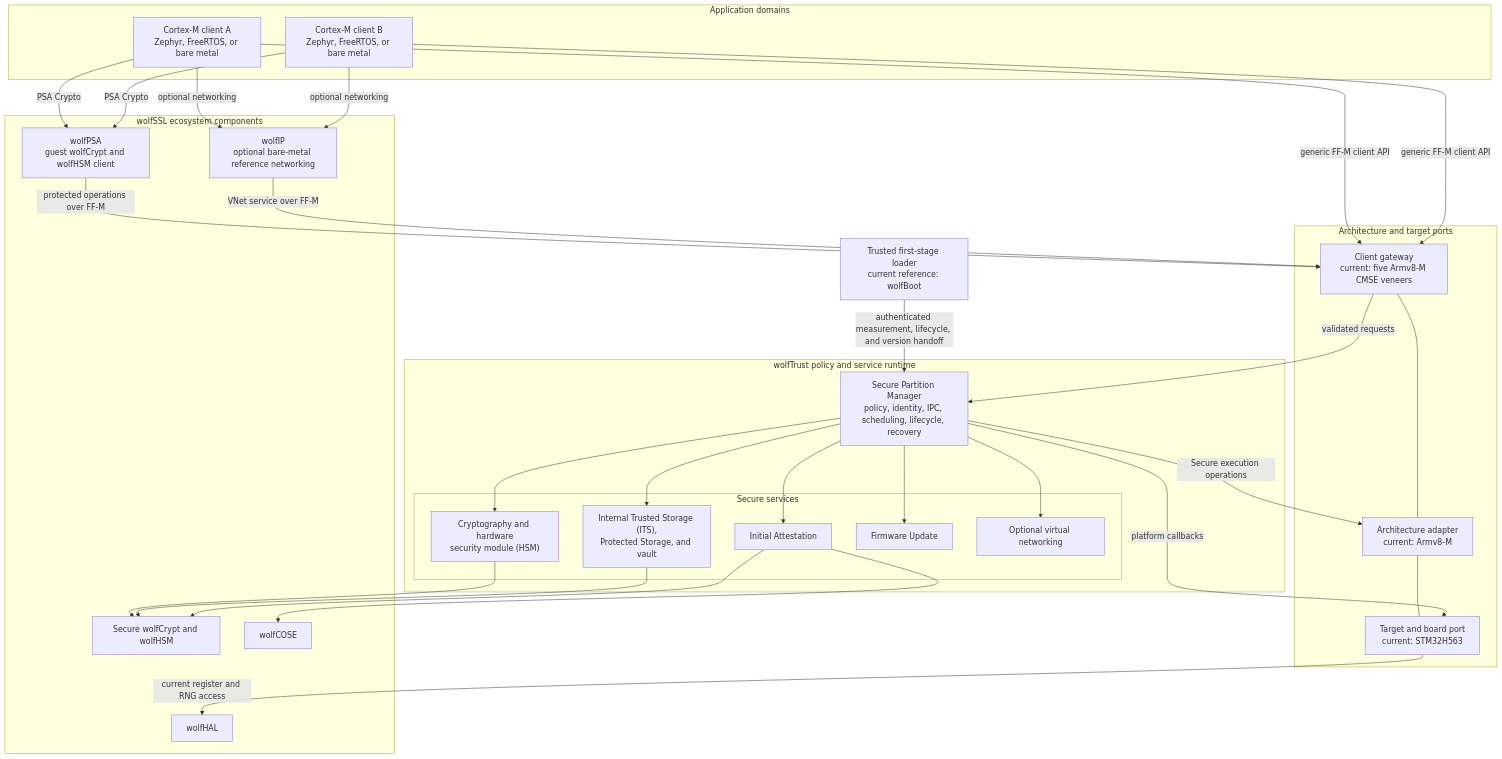
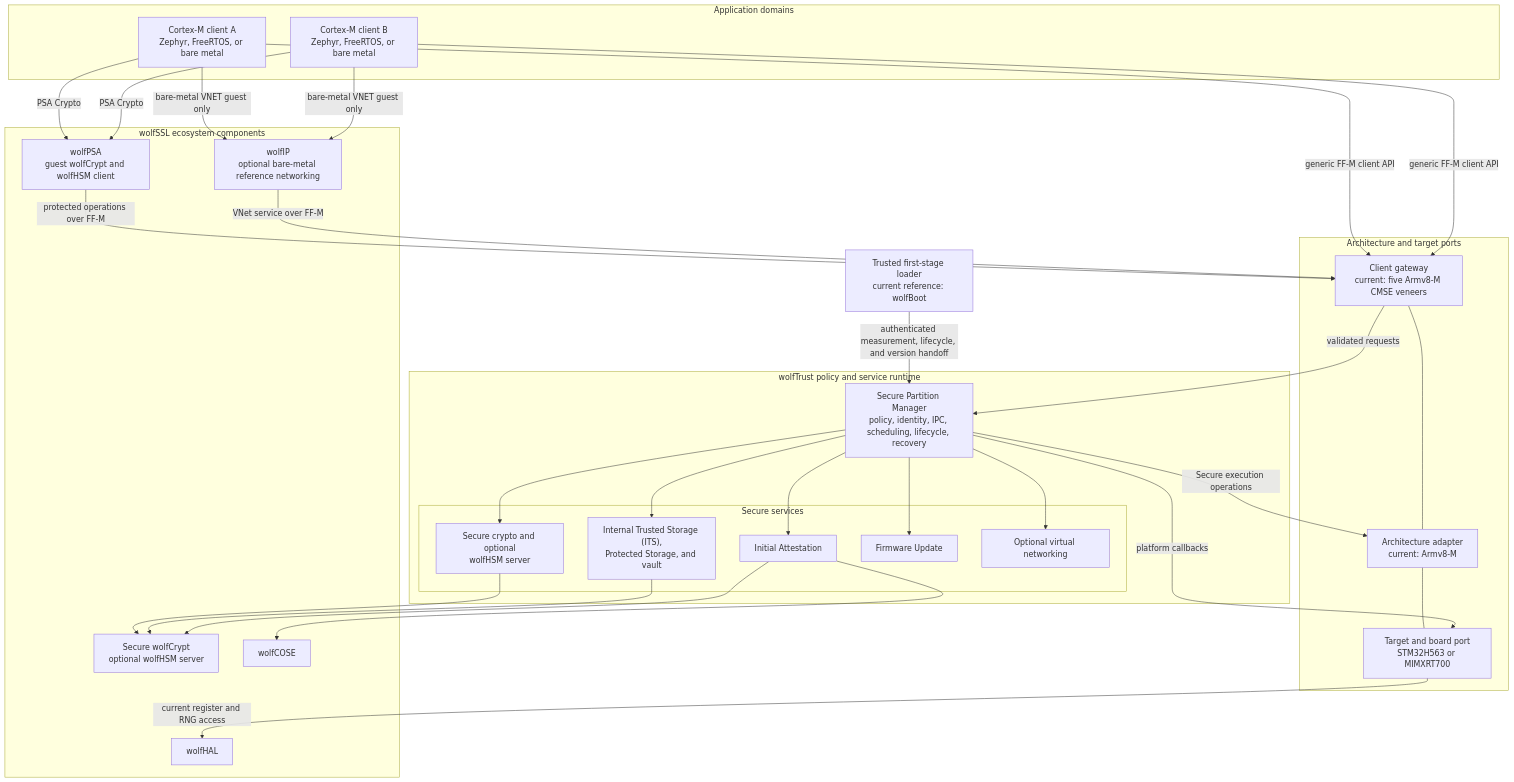
The diagram in README.md (aidangarske/wolfTrust-fork), drawn with Mermaid before and after one commit. The commit also changed other lines of this file and 36 other files, not shown here.

````diff
--- a/README.md
+++ b/README.md
@@ -20,59 +16,59 @@
 ```mermaid
 flowchart TB
     BOOT[Trusted first-stage loader<br/>current reference: wolfBoot]
 
     subgraph APP[Application domains]
         GA[Cortex-M client A<br/>Zephyr, FreeRTOS, or bare metal]
         GB[Cortex-M client B<br/>Zephyr, FreeRTOS, or bare metal]
     end
 
     subgraph PORT[Architecture and target ports]
         GW[Client gateway<br/>current: five Armv8-M CMSE veneers]
         ARCH[Architecture adapter<br/>current: Armv8-M]
-        TARGET[Target and board port<br/>current: STM32H563]
+        TARGET[Target and board port<br/>STM32H563 or MIMXRT700]
         GW --- ARCH
         ARCH --- TARGET
     end
 
     subgraph WT[wolfTrust policy and service runtime]
         SPM[Secure Partition Manager<br/>policy, identity, IPC, scheduling, lifecycle, recovery]
         subgraph SP[Secure services]
-            CR["Cryptography and hardware<br/>security module (HSM)"]
+            CR["Secure crypto and optional<br/>wolfHSM server"]
             ST["Internal Trusted Storage (ITS),<br/>Protected Storage, and vault"]
             AT[Initial Attestation]
             FW[Firmware Update]
             VN[Optional virtual networking]
         end
         SPM --> CR
         SPM --> ST
         SPM --> AT
         SPM --> FW
         SPM --> VN
     end
 
     subgraph LIBS[wolfSSL ecosystem components]
         PSA[wolfPSA<br/>guest wolfCrypt and wolfHSM client]
-        WC[Secure wolfCrypt and wolfHSM]
+        WC[Secure wolfCrypt<br/>optional wolfHSM server]
         COSE[wolfCOSE]
         HAL[wolfHAL]
         IP[wolfIP<br/>optional bare-metal reference networking]
     end
 
     BOOT -->|authenticated measurement, lifecycle, and version handoff| SPM
     GA -->|generic FF-M client API| GW
     GB -->|generic FF-M client API| GW
     GA -->|PSA Crypto| PSA
     GB -->|PSA Crypto| PSA
     PSA -->|protected operations over FF-M| GW
-    GA -->|optional networking| IP
-    GB -->|optional networking| IP
+    GA -->|bare-metal VNET guest only| IP
+    GB -->|bare-metal VNET guest only| IP
     IP -->|VNet service over FF-M| GW
     GW -->|validated requests| SPM
     SPM -->|Secure execution operations| ARCH
     SPM -->|platform callbacks| TARGET
     CR --> WC
     ST --> WC
     AT --> COSE
     AT --> WC
     TARGET -->|current register and RNG access| HAL
 ```
````
